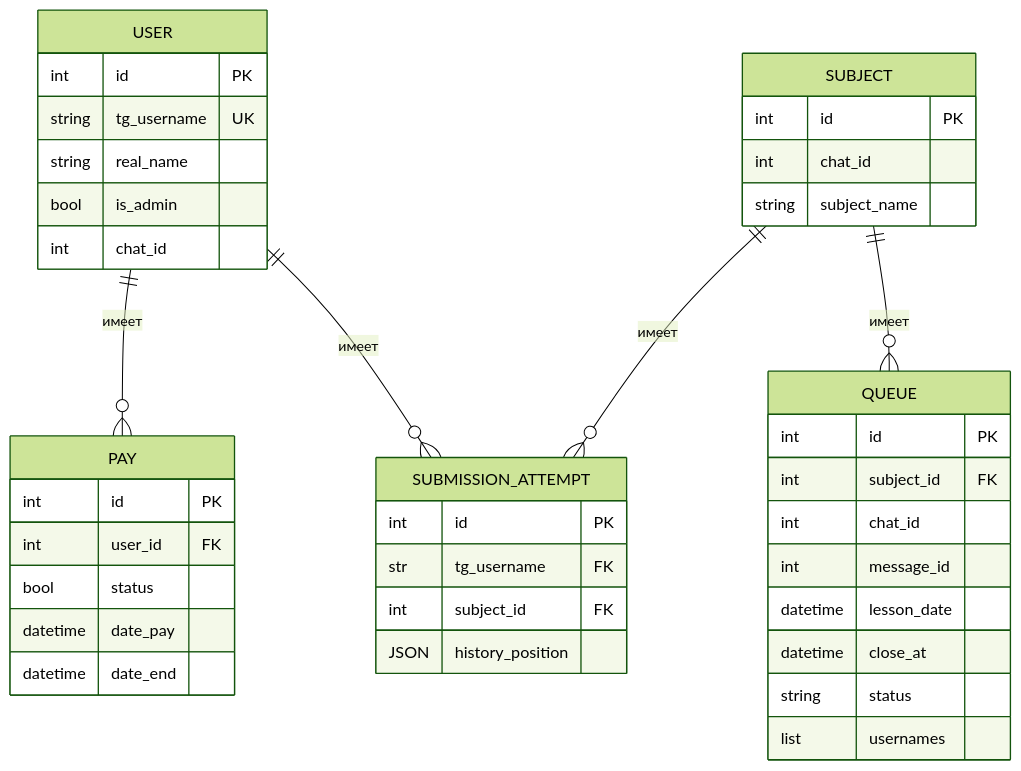
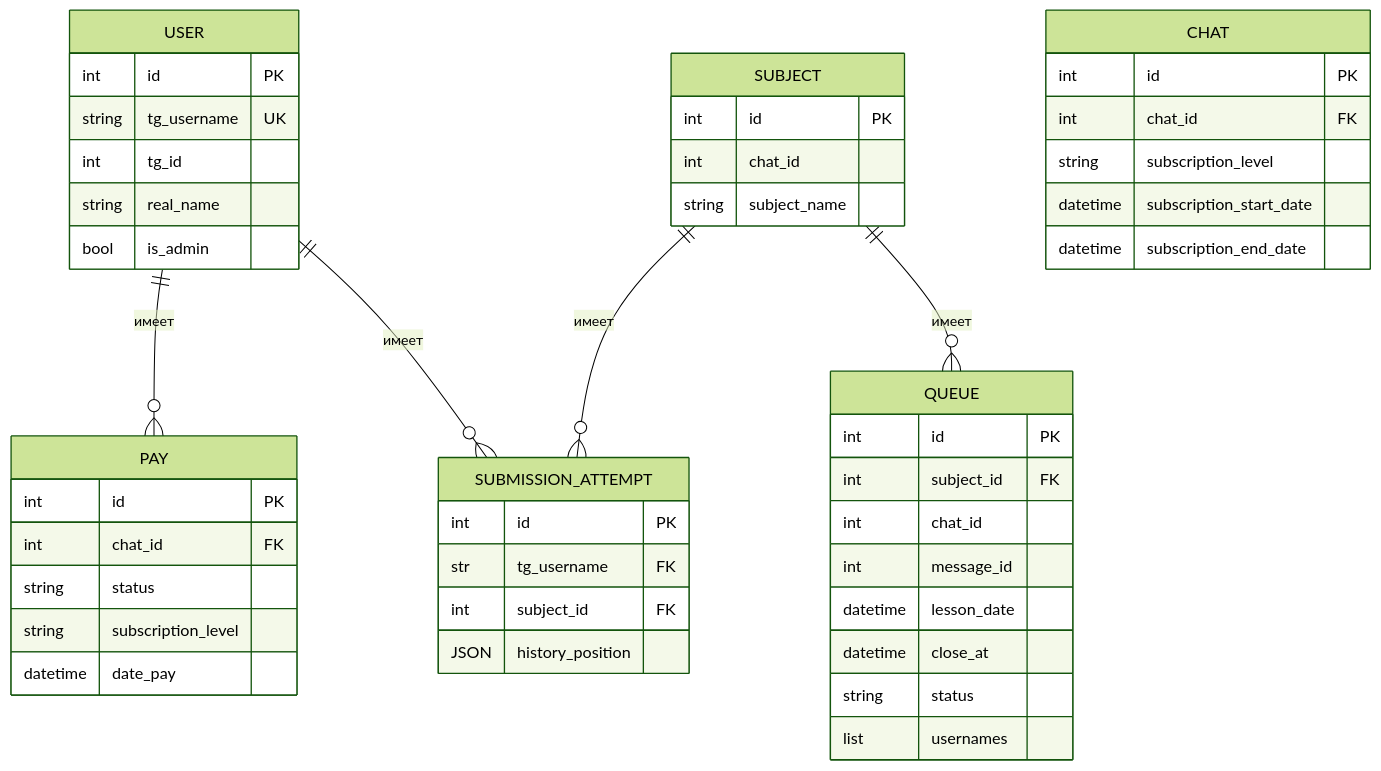
The diagram in docs/01_Database.md (VoltusV5/FairLabQueueBot), drawn with Mermaid (forest theme) before and after one commit.

Commit message:
обновил схему БДшки

````diff
--- a/docs/01_Database.md
+++ b/docs/01_Database.md
@@ -8,45 +8,50 @@
 ```mermaid
 erDiagram
     USER ||--o{ SUBMISSION_ATTEMPT : имеет
     USER ||--o{ PAY : имеет
     SUBJECT ||--o{ QUEUE : имеет
     SUBJECT ||--o{ SUBMISSION_ATTEMPT : имеет
 
     USER {
         int id PK
         string tg_username UK
+        int tg_id
         string real_name
         bool is_admin
-        int chat_id
     }
     SUBJECT {
         int id PK
         int chat_id
         string subject_name
     }
     QUEUE {
         int id PK
         int subject_id FK
         int chat_id
         int message_id
         datetime lesson_date
         datetime close_at
         string status
         list usernames
     }
     SUBMISSION_ATTEMPT {
         int id PK
         str tg_username FK
         int subject_id FK
         JSON history_position
     }
     PAY {
         int id PK
-        int user_id FK
-        bool status
+        int chat_id FK
+        string status
+        string subscription_level
         datetime date_pay
-        datetime date_end
     }
-
-
+    CHAT {
+        int id PK
+        int chat_id FK
+        string subscription_level
+        datetime subscription_start_date
+        datetime subscription_end_date
+    }
 ```
````
